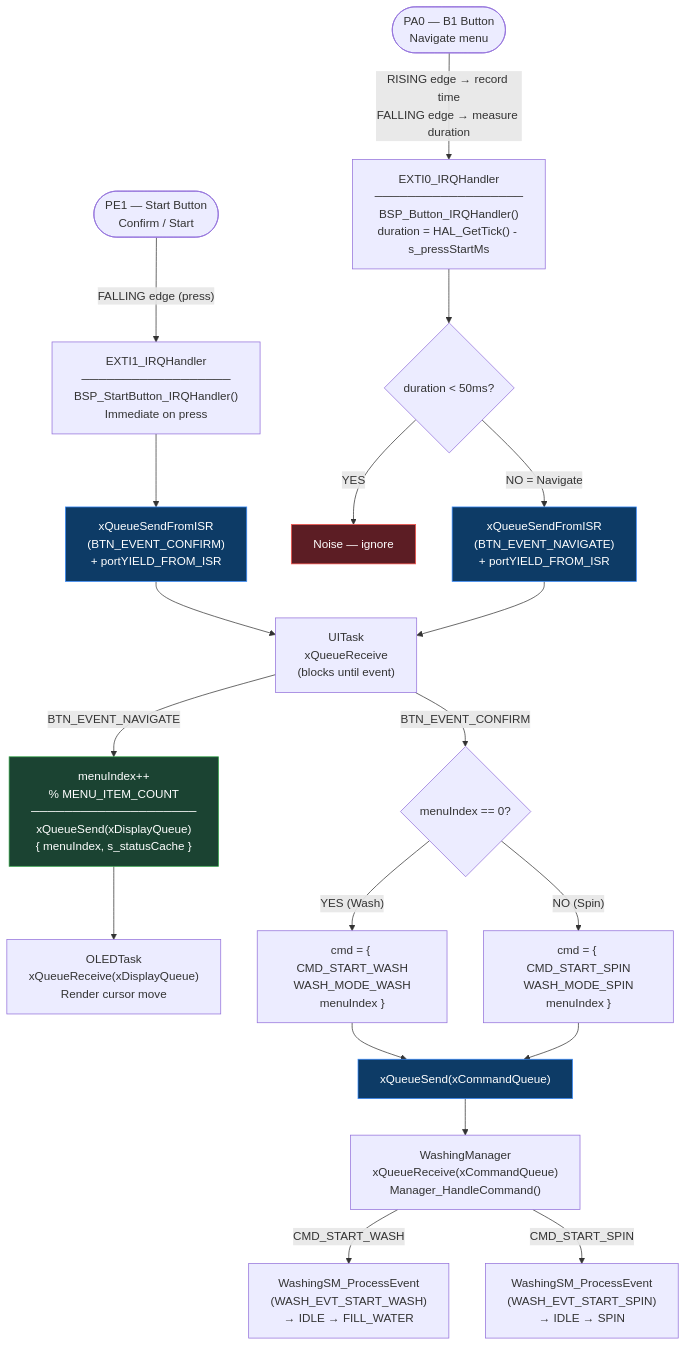
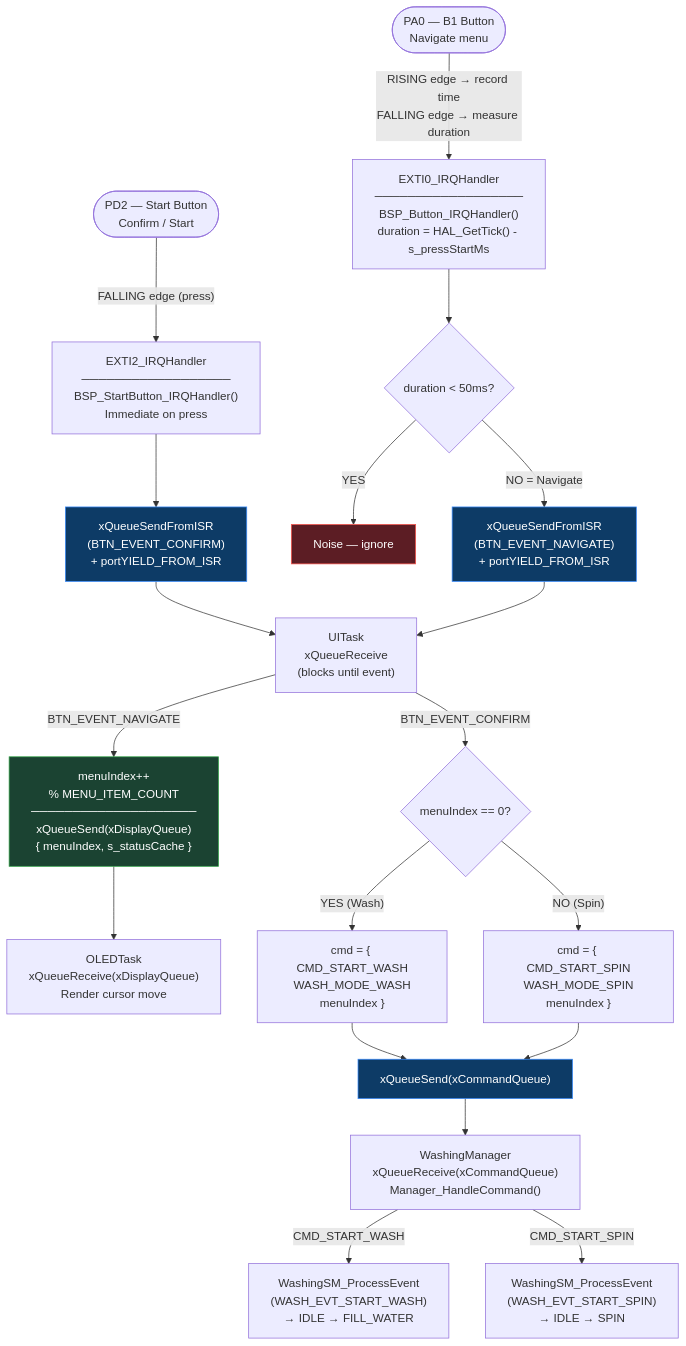
One commit to TTonyVi/Freertos_ST changed the seventh of 9 diagrams in docs/SYSTEM_DIAGRAMS.md. Above: the diagram before and after it, drawn with Mermaid. The commit also changed other lines of this file and 18 other files, not shown here.

````diff
--- a/docs/SYSTEM_DIAGRAMS.md
+++ b/docs/SYSTEM_DIAGRAMS.md
@@ -364,47 +369,47 @@
 ```mermaid
 flowchart TD
     PA0(["PA0 — B1 Button\nNavigate menu"])
-    PE1(["PE1 — Start Button\nConfirm / Start"])
+    PD2(["PD2 — Start Button\nConfirm / Start"])
 
     PA0 -->|"RISING edge → record time\nFALLING edge → measure duration"| ISR0
 
     ISR0["EXTI0_IRQHandler\n──────────────────\nBSP_Button_IRQHandler()\nduration = HAL_GetTick() - s_pressStartMs"]
 
     ISR0 --> DEB{"duration < 50ms?"}
     DEB -->|YES| NOISE["Noise — ignore"]
     DEB -->|NO = Navigate| S_SEND["xQueueSendFromISR\n(BTN_EVENT_NAVIGATE)\n+ portYIELD_FROM_ISR"]
 
-    PE1 -->|"FALLING edge (press)"| ISR1
+    PD2 -->|"FALLING edge (press)"| ISR1
 
-    ISR1["EXTI1_IRQHandler\n──────────────────\nBSP_StartButton_IRQHandler()\nImmediate on press"]
+    ISR1["EXTI2_IRQHandler\n──────────────────\nBSP_StartButton_IRQHandler()\nImmediate on press"]
 
     ISR1 --> L_SEND["xQueueSendFromISR\n(BTN_EVENT_CONFIRM)\n+ portYIELD_FROM_ISR"]
 
     L_SEND --> UI_RECV
     S_SEND --> UI_RECV
 
     UI_RECV["UITask\nxQueueReceive\n(blocks until event)"]
 
     UI_RECV -->|BTN_EVENT_NAVIGATE| CURSOR["menuIndex++\n% MENU_ITEM_COUNT\n────────────────────\nxQueueSend(xDisplayQueue)\n{ menuIndex, s_statusCache }"]
 
     UI_RECV -->|BTN_EVENT_CONFIRM| CMD_BUILD{"menuIndex == 0?"}
 
     CMD_BUILD -->|"YES (Wash)"| WASH_CMD["cmd = { CMD_START_WASH\nWASH_MODE_WASH\nmenuIndex }"]
     CMD_BUILD -->|"NO (Spin)"| SPIN_CMD["cmd = { CMD_START_SPIN\nWASH_MODE_SPIN\nmenuIndex }"]
 
     WASH_CMD --> SEND_CMD["xQueueSend(xCommandQueue)"]
     SPIN_CMD --> SEND_CMD
 
     SEND_CMD --> MGR["WashingManager\nxQueueReceive(xCommandQueue)\nManager_HandleCommand()"]
 
     MGR -->|CMD_START_WASH| SM_W["WashingSM_ProcessEvent\n(WASH_EVT_START_WASH)\n→ IDLE → FILL_WATER"]
     MGR -->|CMD_START_SPIN| SM_S["WashingSM_ProcessEvent\n(WASH_EVT_START_SPIN)\n→ IDLE → SPIN"]
 
     CURSOR --> OLED_UPD["OLEDTask\nxQueueReceive(xDisplayQueue)\nRender cursor move"]
 
     style NOISE fill:#5c1d24,stroke:#f85149,color:#ffffff
     style L_SEND fill:#0d3b66,stroke:#388bfd,color:#ffffff
     style S_SEND fill:#0d3b66,stroke:#388bfd,color:#ffffff
     style CURSOR fill:#1b4332,stroke:#2ea043,color:#ffffff
     style SEND_CMD fill:#0d3b66,stroke:#388bfd,color:#ffffff
 ```
````
